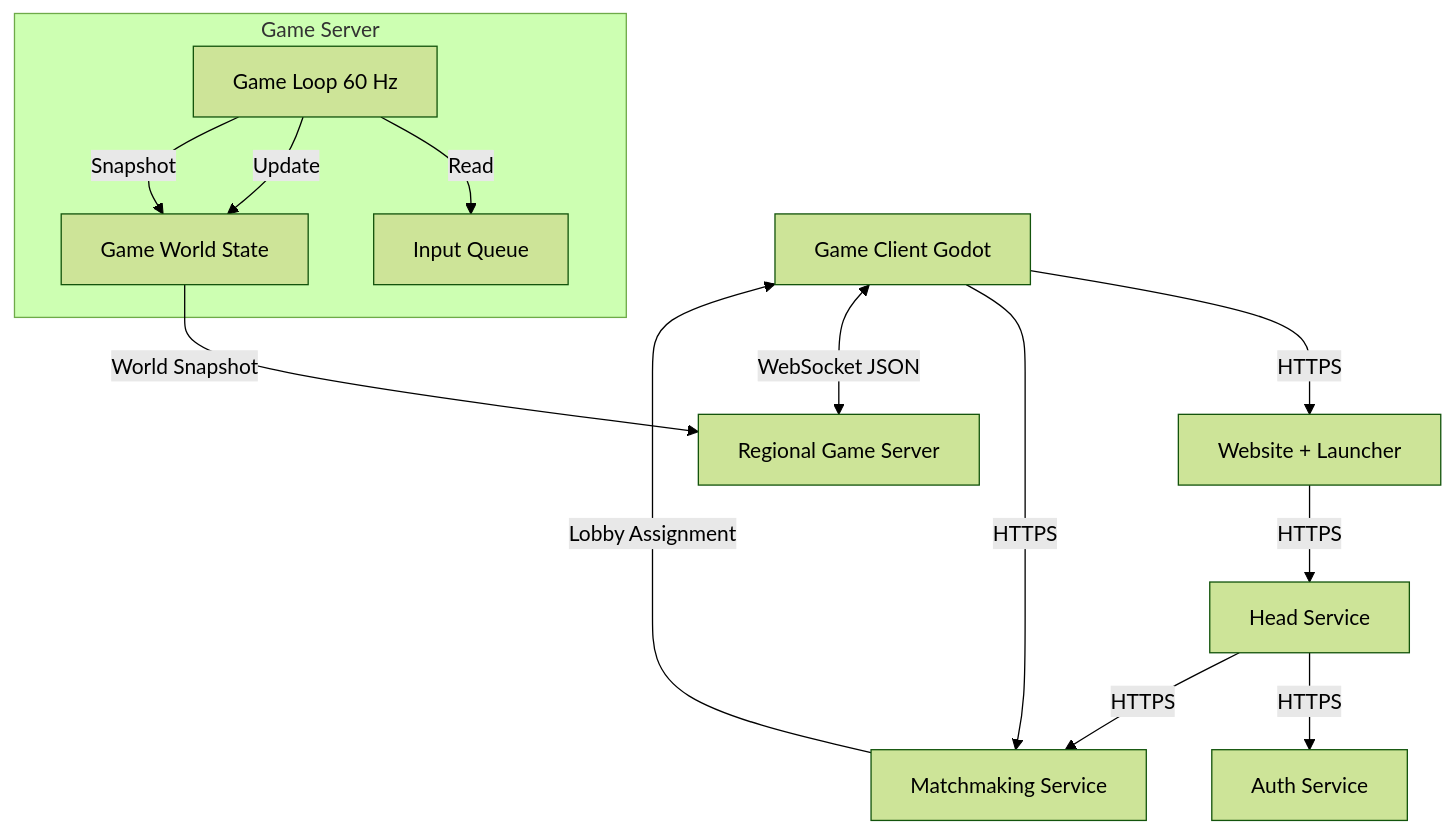
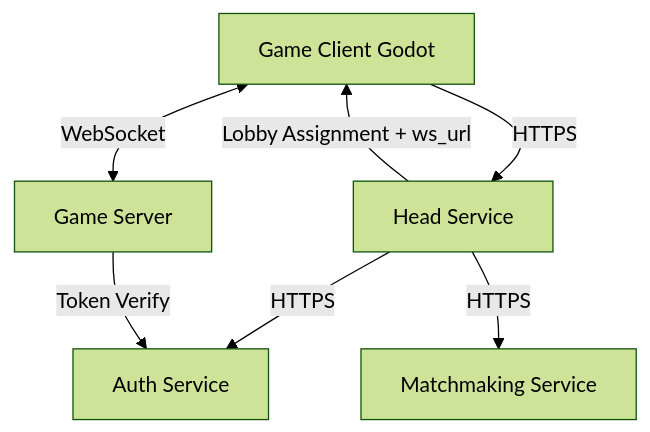
One commit to MantasImb/jet_raiders changed the diagram in ARCHITECTURE.md. Above: the diagram before and after it, drawn with Mermaid (forest theme). The commit also changed other lines of this file and 23 other files, not shown here.

````diff
--- a/ARCHITECTURE.md
+++ b/ARCHITECTURE.md
@@ -13,22 +15,9 @@
 ```mermaid
 graph TD
-    Client[Game Client Godot] -->|HTTPS| Website[Website + Launcher]
-    Website -->|HTTPS| Head[Head Service]
+    Client[Game Client Godot] -->|HTTPS| Head[Head Service]
     Head -->|HTTPS| Auth[Auth Service]
     Head -->|HTTPS| Matchmaking[Matchmaking Service]
-    Client -->|HTTPS| Matchmaking
-    Matchmaking -->|Lobby Assignment| Client
-    Client <-->|WebSocket JSON| GameServer[Regional Game Server]
-
-    subgraph Game Server
-        GameLoop[Game Loop 60 Hz]
-        InputQueue[Input Queue]
-        State[Game World State]
-
-        GameLoop -->|Read| InputQueue
-        GameLoop -->|Update| State
-        GameLoop -->|Snapshot| State
-    end
-
-    State -->|World Snapshot| GameServer
+    Head -->|Lobby Assignment + ws_url| Client
+    Client <-->|WebSocket| GameServer[Game Server]
+    GameServer -->|Token Verify| Auth
 ```
````
